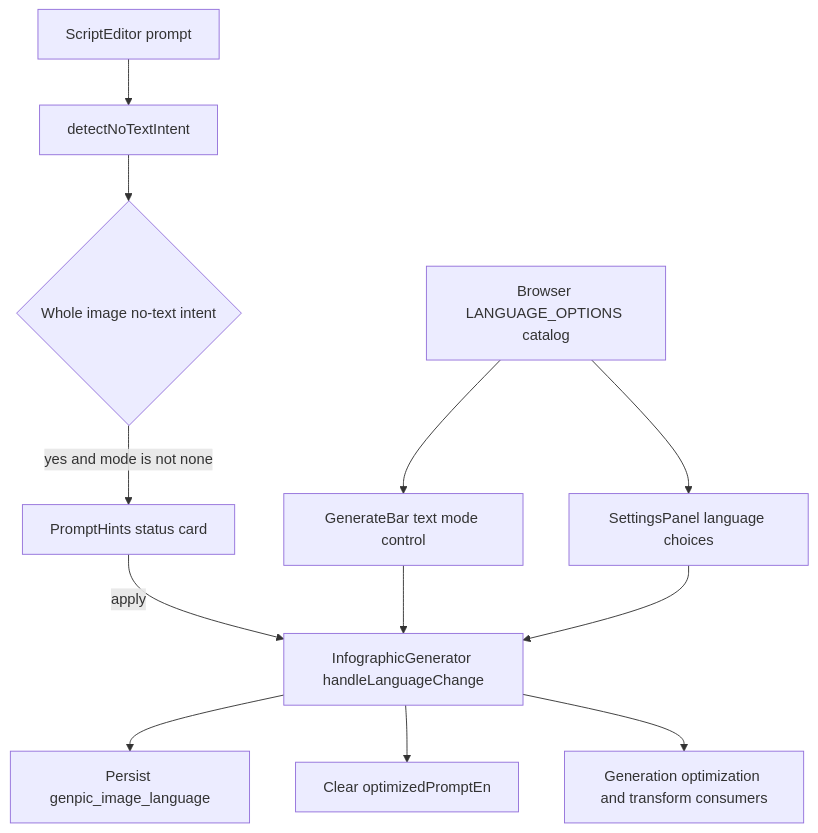
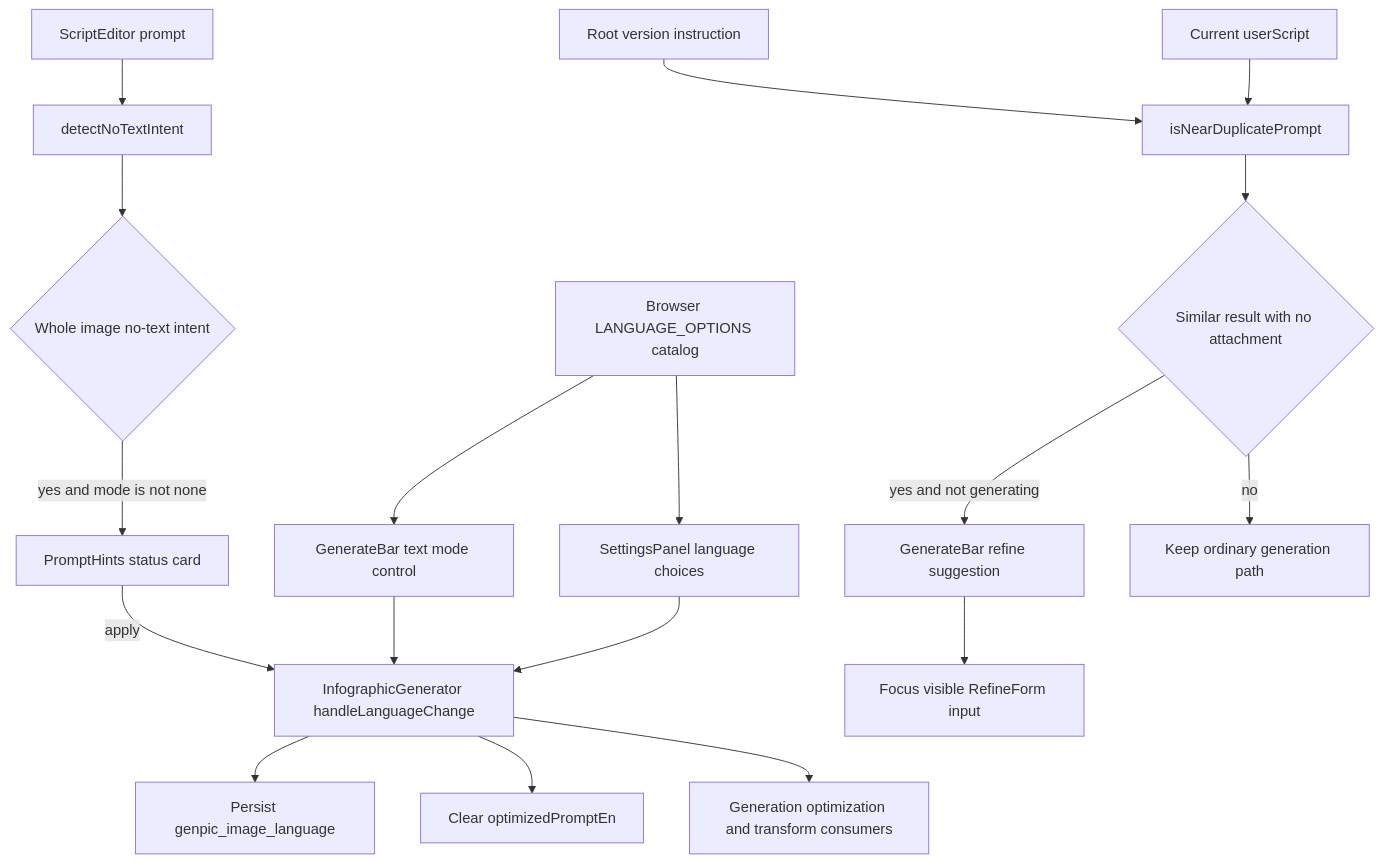
One commit to tony30552001/Genpic-master changed the fourth of 6 diagrams in openwiki/frontend/create-workflows.md. Above: the diagram before and after it, drawn with Mermaid. The commit also changed other lines of this file and 17 other files, not shown here.

Commit message:
Add expanded compare canvas and near-duplicate prompt hint

````diff
--- a/openwiki/frontend/create-workflows.md
+++ b/openwiki/frontend/create-workflows.md
@@ -147,14 +179,20 @@
 ```mermaid
 flowchart TD
   Catalog["Browser LANGUAGE_OPTIONS catalog"] --> Bar["GenerateBar text mode control"]
   Catalog --> Settings["SettingsPanel language choices"]
   Prompt["ScriptEditor prompt"] --> Detector["detectNoTextIntent"]
   Detector --> Hint{"Whole image no-text intent"}
   Hint -->|yes and mode is not none| Card["PromptHints status card"]
   Card -->|apply| Setter["InfographicGenerator handleLanguageChange"]
   Bar --> Setter
   Settings --> Setter
   Setter --> Storage["Persist genpic_image_language"]
   Setter --> Clear["Clear optimizedPromptEn"]
   Setter --> Requests["Generation optimization and transform consumers"]
+  Root["Root version instruction"] --> Similarity["isNearDuplicatePrompt"]
+  Current["Current userScript"] --> Similarity
+  Similarity --> Offer{"Similar result with no attachment"}
+  Offer -->|yes and not generating| RefineHint["GenerateBar refine suggestion"]
+  RefineHint --> Focus["Focus visible RefineForm input"]
+  Offer -->|no| Regenerate["Keep ordinary generation path"]
 ```
````
